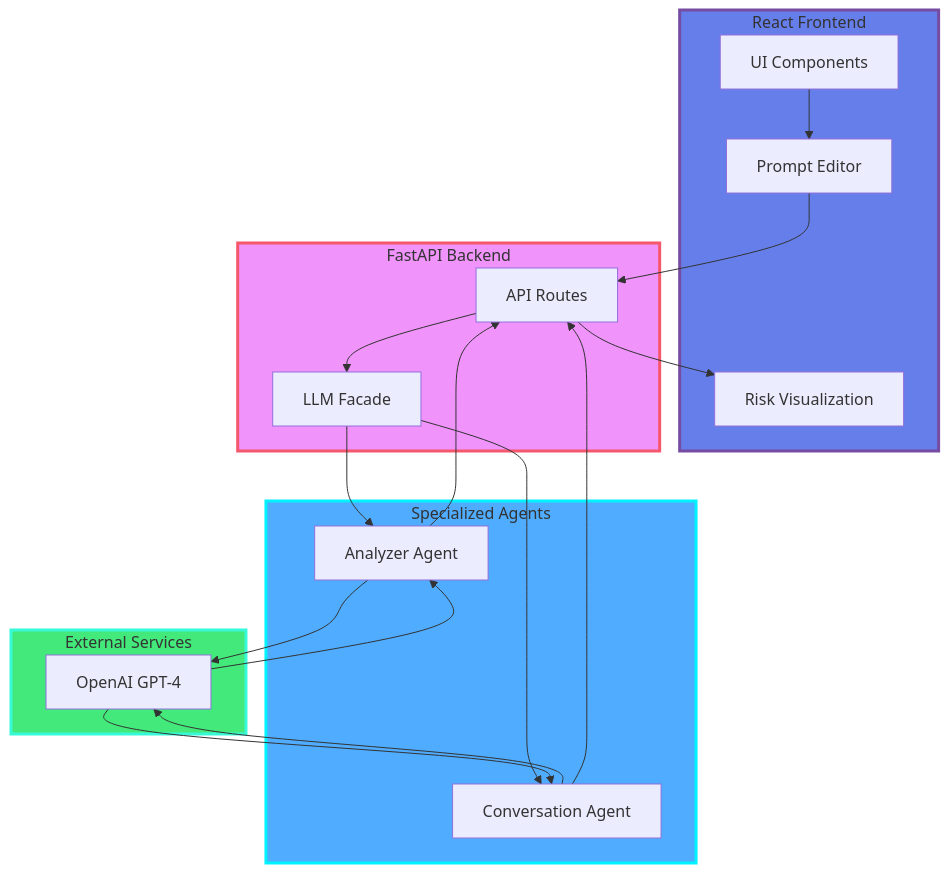
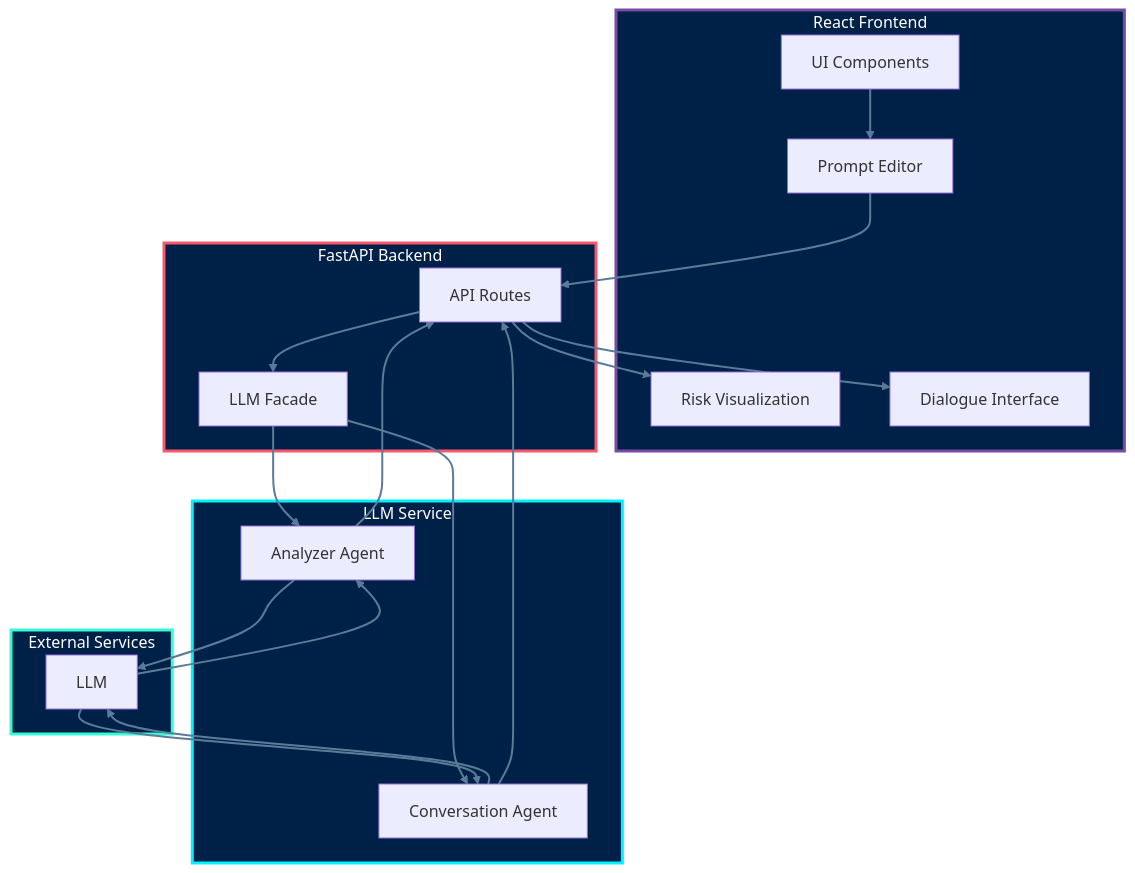
One commit to MoNejjar/echo-hallucination-detect changed the diagram in docs/diagrams/architecture.mmd. Above: the diagram before and after it, drawn with Mermaid. The commit also changed 7 other files, not shown here.

Commit message:
various diagrams added

```diff
--- a/docs/diagrams/architecture.mmd
+++ b/docs/diagrams/architecture.mmd
@@ -1,41 +1,46 @@
-%% Architecture Diagram
-%% Render with: mmdc -i architecture.mmd -o architecture.svg
-
+%% Refined Architecture Diagram
 flowchart TB
     subgraph Client[React Frontend]
         UI[UI Components]
         Editor[Prompt Editor]
         Viz[Risk Visualization]
+        Chat[Dialogue Interface]
     end
     
     subgraph Server[FastAPI Backend]
         Routes[API Routes]
         Facade[LLM Facade]
     end
     
-    subgraph Agents[Specialized Agents]
+    subgraph Agents[LLM Service]
         Analyzer[Analyzer Agent]
         Conversation[Conversation Agent]
     end
     
     subgraph External[External Services]
-        OpenAI[OpenAI GPT-4]
+        OpenAI[LLM]
     end
     
+    %% Connections
     UI --> Editor
     Editor --> Routes
     Routes --> Facade
+    Routes --> Chat
     Facade --> Analyzer
     Facade --> Conversation
     Analyzer --> OpenAI
     Conversation --> OpenAI
     OpenAI --> Analyzer
     OpenAI --> Conversation
     Analyzer --> Routes
     Conversation --> Routes
     Routes --> Viz
+
     
-    style Client fill:#667eea,stroke:#764ba2,stroke-width:3px
-    style Server fill:#f093fb,stroke:#f5576c,stroke-width:3px
-    style Agents fill:#4facfe,stroke:#00f2fe,stroke-width:3px
-    style External fill:#43e97b,stroke:#38f9d7,stroke-width:3px
+    style Client fill:#002147,stroke:#764ba2,stroke-width:3px,color:#ffffff
+    style Server fill:#002147,stroke:#f5576c,stroke-width:3px,color:#ffffff
+    style Agents fill:#002147,stroke:#00f2fe,stroke-width:3px,color:#ffffff
+    style External fill:#002147,stroke:#38f9d7,stroke-width:3px,color:#ffffff
+
+    
+    linkStyle default stroke:#5B7C99,stroke-width:2px,color:#5B7C99
```
